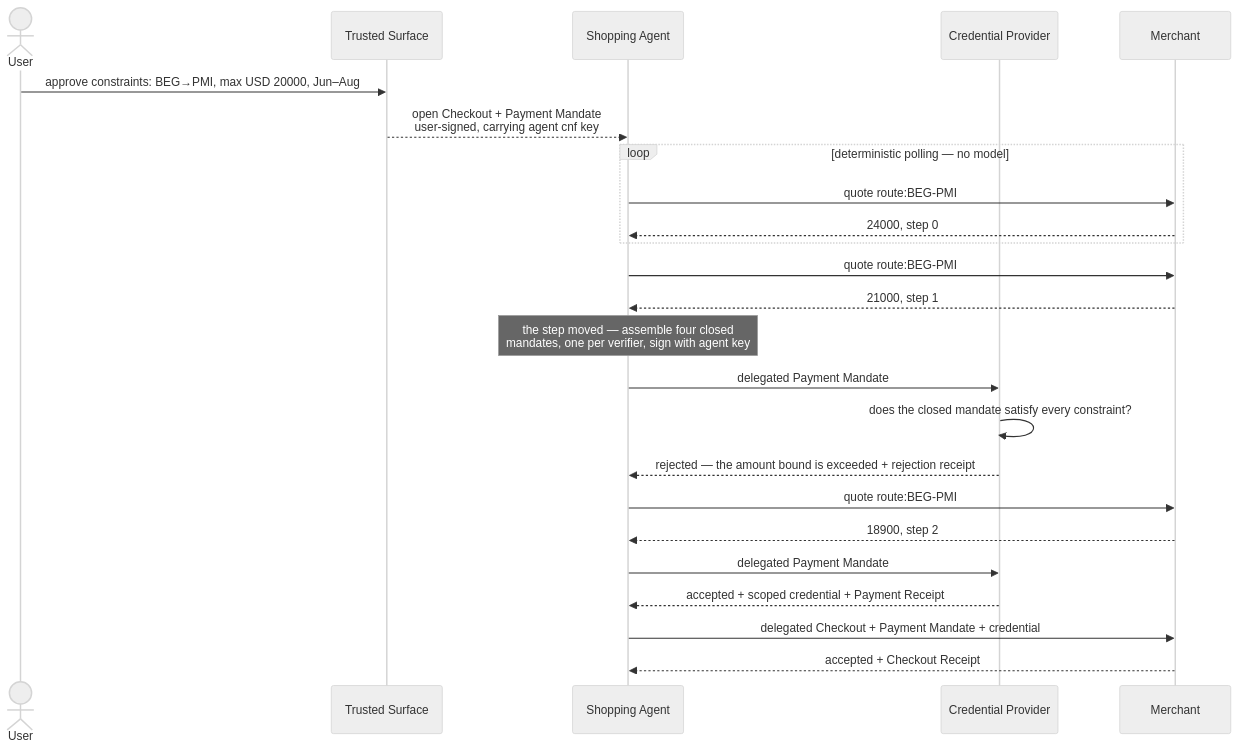
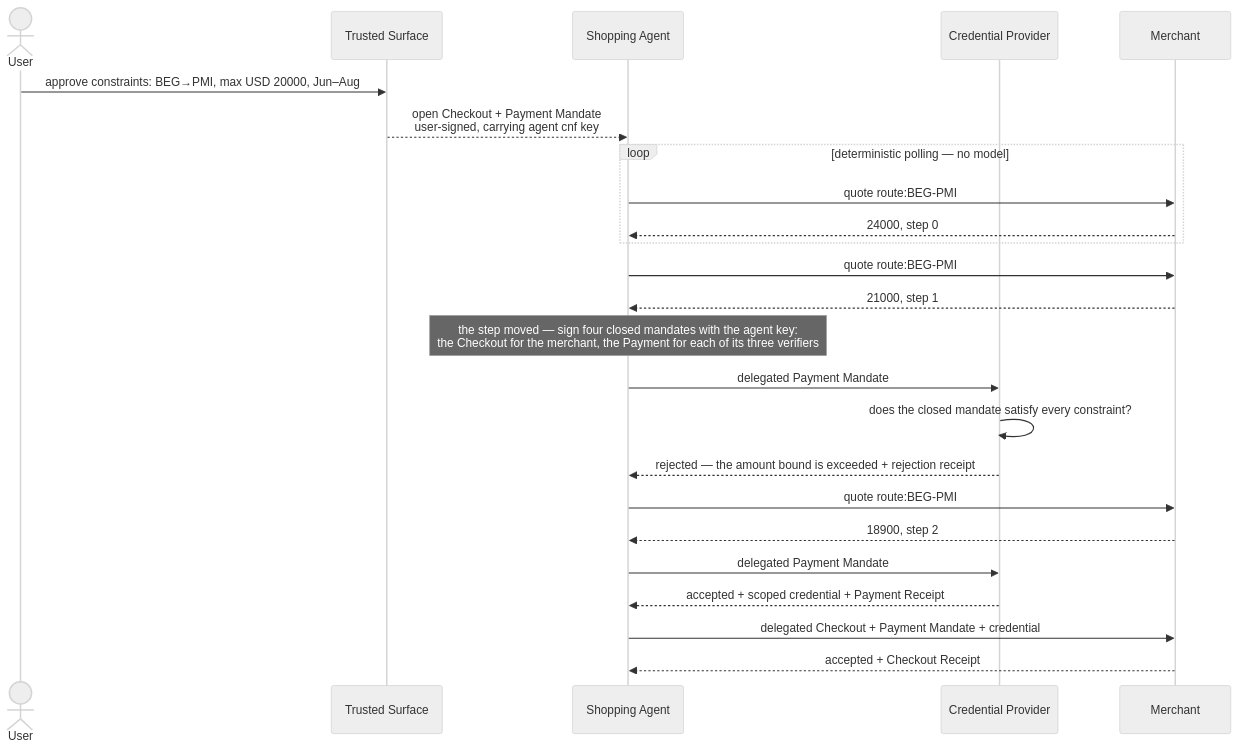
One commit to SkylinePlatform/agentic-payments changed the third of 6 diagrams in docs/protocols/ap2.md. Above: the diagram before and after it, drawn with Mermaid (neutral theme). The commit also changed other lines of this file and 6 other files, not shown here.

````diff
--- a/docs/protocols/ap2.md
+++ b/docs/protocols/ap2.md
@@ -257,26 +257,26 @@
 ```mermaid
 sequenceDiagram
     actor U as User
     participant S as Trusted Surface
     participant A as Shopping Agent
     participant C as Credential Provider
     participant M as Merchant
     U->>S: approve constraints: BEG→PMI, max USD 20000, Jun–Aug
     S-->>A: open Checkout + Payment Mandate<br/>user-signed, carrying agent cnf key
     loop deterministic polling — no model
         A->>M: quote route:BEG-PMI
         M-->>A: 24000, step 0
     end
     A->>M: quote route:BEG-PMI
     M-->>A: 21000, step 1
-    Note over A: the step moved — assemble four closed<br/>mandates, one per verifier, sign with agent key
+    Note over A: the step moved — sign four closed mandates with the agent key:<br/>the Checkout for the merchant, the Payment for each of its three verifiers
     A->>C: delegated Payment Mandate
     C->>C: does the closed mandate satisfy every constraint?
     C-->>A: rejected — the amount bound is exceeded + rejection receipt
     A->>M: quote route:BEG-PMI
     M-->>A: 18900, step 2
     A->>C: delegated Payment Mandate
     C-->>A: accepted + scoped credential + Payment Receipt
     A->>M: delegated Checkout + Payment Mandate + credential
     M-->>A: accepted + Checkout Receipt
 ```
````
